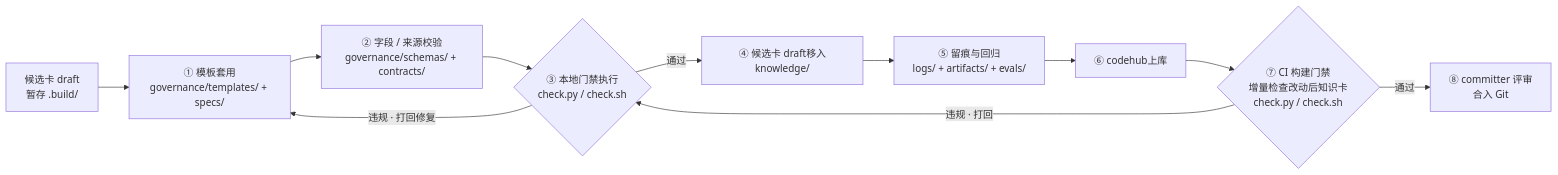
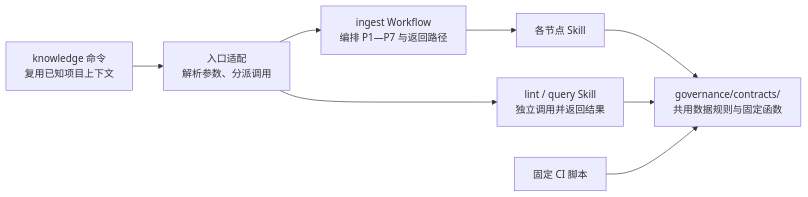
The ninth of 19 diagrams in aiotbot-knowledge-wifi-mp/docs-llm-wiki/知识库详细设计.md (Robin-hhc/FactumCore), drawn with Mermaid before and after one commit. The commit also changed other lines of this file and 447 other files, not shown here.

````diff
--- a/aiotbot-knowledge-wifi-mp/docs-llm-wiki/知识库详细设计.md
+++ b/aiotbot-knowledge-wifi-mp/docs-llm-wiki/知识库详细设计.md
@@ -1571,13 +380,10 @@
 ```mermaid
 flowchart LR
-    A["候选卡 draft<br />暂存 .build/"] --> B["① 模板套用<br />governance/templates/ + specs/"]
-    B --> C["② 字段 / 来源校验<br />governance/schemas/ + contracts/"]
-    C --> D{"③ 本地门禁执行<br />check.py / check.sh"}
-    D -->|"违规 · 打回修复"| B
-    D -->|"通过"| E["④ 候选卡 draft移入knowledge/"]
-    E --> F["⑤ 留痕与回归<br />logs/ + artifacts/ + evals/"]
-    F --> G["⑥ codehub上库"]
-    G --> H{"⑦ CI 构建门禁<br />增量检查改动后知识卡<br />check.py / check.sh"}
-    H -->|"违规 · 打回"| D
-    H -->|"通过"| I["⑧ committer 评审<br />合入 Git"]
+    CMD["knowledge 命令<br/>复用已知项目上下文"] --> ADAPT["入口适配<br/>解析参数、分派调用"]
+    ADAPT --> INGEST["ingest Workflow<br/>编排 P1—P7 与返回路径"]
+    ADAPT --> SKILL["lint / query Skill<br/>独立调用并返回结果"]
+    INGEST --> NODE["各节点 Skill"]
+    NODE --> CORE["governance/contracts/<br/>共用数据规则与固定函数"]
+    SKILL --> CORE
+    CI["固定 CI 脚本"] --> CORE
 ```
````
